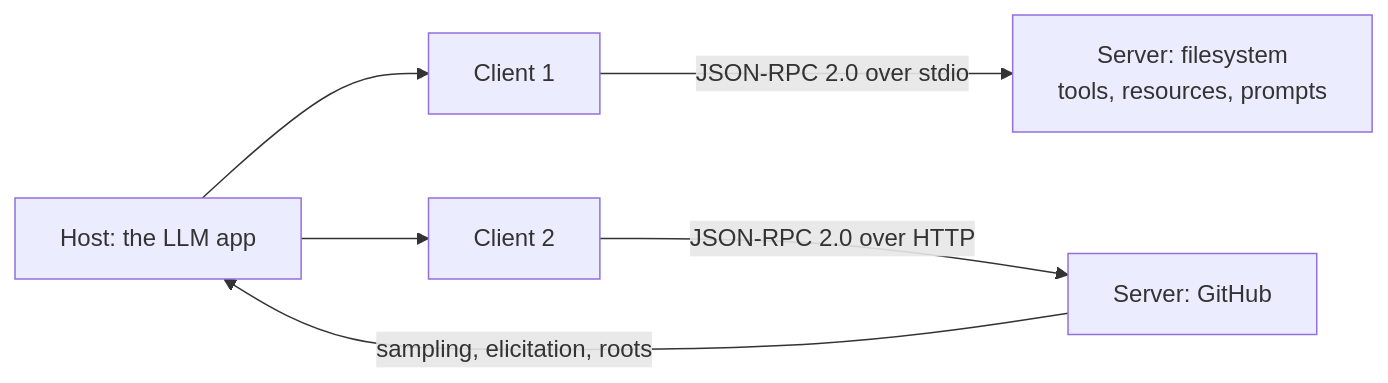
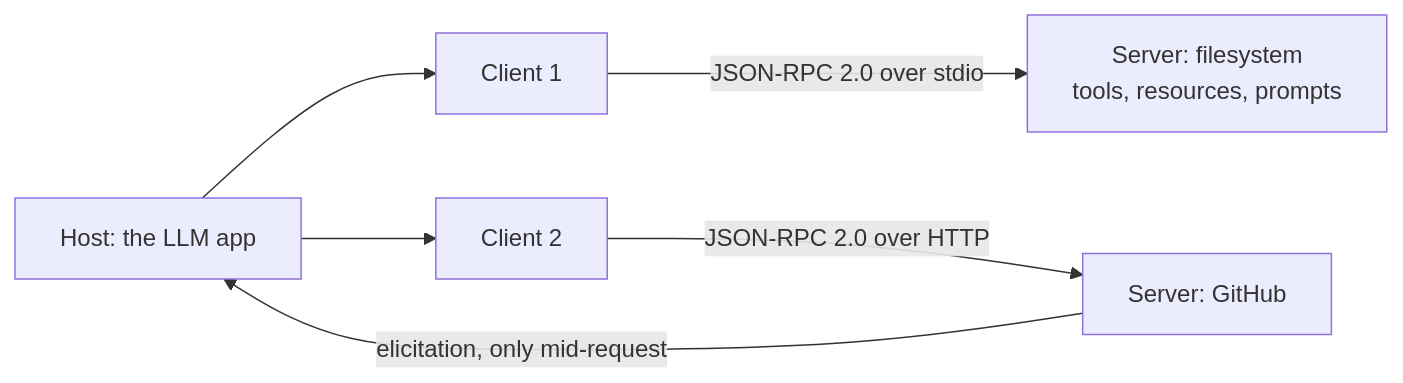
Before and after one commit to mmousom/AI-Engineer-Interview-Questions: the seventh of 34 diagrams in 06-agents-and-tool-use/questions.md, drawn with Mermaid. The commit also changed other lines of this file and 21 other files, not shown here.

````diff
--- a/06-agents-and-tool-use/questions.md
+++ b/06-agents-and-tool-use/questions.md
@@ -277,8 +277,8 @@
 ```mermaid
 flowchart LR
     A["Host: the LLM app"] --> B["Client 1"]
     A --> C["Client 2"]
     B -->|"JSON-RPC 2.0 over stdio"| D["Server: filesystem<br/>tools, resources, prompts"]
     C -->|"JSON-RPC 2.0 over HTTP"| E["Server: GitHub"]
-    E -->|"sampling, elicitation, roots"| A
+    E -->|"elicitation, only mid-request"| A
 ```
````
